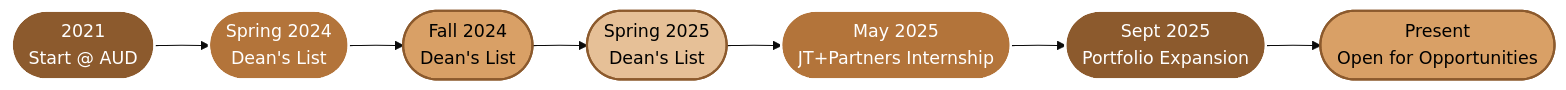
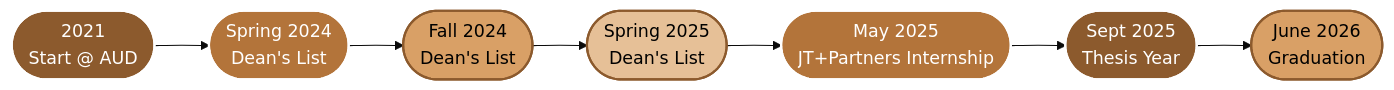
Before and after one commit to MAtiyaaa/simasarchitecture: the diagram in README.md, drawn with Mermaid (base theme).

Commit message:
Update career timeline in README

````diff
--- a/README.md
+++ b/README.md
@@ -105,18 +105,18 @@
 ```mermaid
 flowchart LR
-  A([2021<br/>Start @ AUD]) --> B([Spring 2024<br/>Dean's List]) --> C([Fall 2024<br/>Dean's List]) --> D([Spring 2025<br/>Dean's List]) --> E([May 2025<br/>JT+Partners Internship]) --> F([Sept 2025<br/>Portfolio Expansion]) --> G([Present<br/>Open for Opportunities])
+  A([2021<br/>Start @ AUD]) --> B([Spring 2024<br/>Dean's List]) --> C([Fall 2024<br/>Dean's List]) --> D([Spring 2025<br/>Dean's List]) --> E([May 2025<br/>JT+Partners Internship]) --> F([Sept 2025<br/>Thesis Year]) --> G([June 2026<br/>Graduation])
 
   %% Styling
   classDef bronze fill:#8c5a2d,stroke:#ffffff,stroke-width:2px,color:#ffffff;
   classDef clay fill:#b3743a,stroke:#ffffff,stroke-width:2px,color:#ffffff;
   classDef sand fill:#d9a066,stroke:#8c5a2d,stroke-width:2px,color:#000000;
   classDef pale fill:#e6c097,stroke:#8c5a2d,stroke-width:2px,color:#000000;
 
   class A bronze;
   class B clay;
   class C sand;
   class D pale;
   class E clay;
   class F bronze;
   class G sand;
 ```
````
